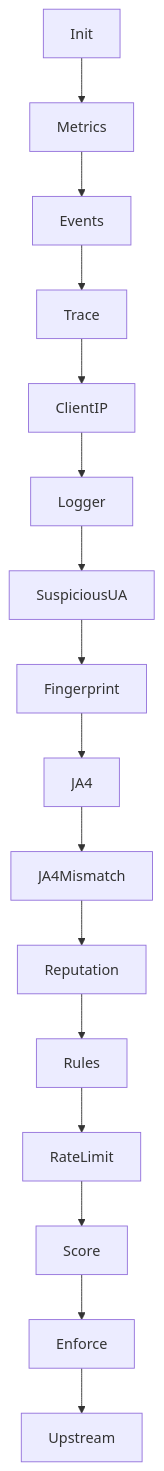
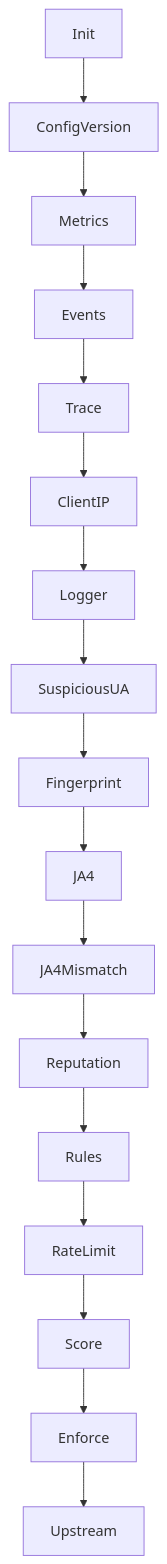
The second of 11 diagrams in README.md (fharias/guardian-scrapy), drawn with Mermaid before and after one commit. The commit also changed other lines of this file, not shown here.

````diff
--- a/README.md
+++ b/README.md
@@ -57,5 +57,5 @@
 ```mermaid
 flowchart TD
-  init[Init] --> mets[Metrics] --> events[Events] --> trace[Trace] --> ip[ClientIP] --> logger[Logger] --> ua[SuspiciousUA]
+  init[Init] --> ver[ConfigVersion] --> mets[Metrics] --> events[Events] --> trace[Trace] --> ip[ClientIP] --> logger[Logger] --> ua[SuspiciousUA]
   ua --> fp[Fingerprint] --> ja4src[JA4] --> ja4[JA4Mismatch] --> rep[Reputation] --> rules[Rules] --> limite[RateLimit] --> score[Score] --> enforce[Enforce] --> origen[Upstream]
 ```
````
